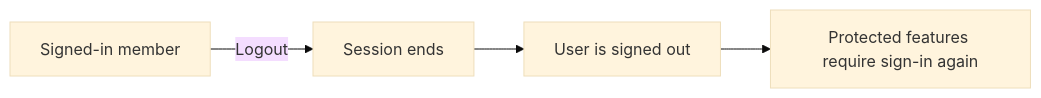
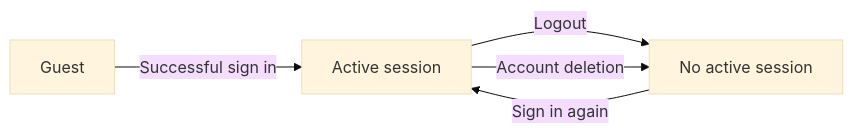
One commit to wrtnlabs/autobe-examples changed the fifth of 10 diagrams in openai/gpt-5.4-mini/todo/docs/analysis/01-actors-and-auth.md. Above: the diagram before and after it, drawn with Mermaid (base theme). The commit also changed other lines of this file and 6645 other files, not shown here.

````diff
--- a/openai/gpt-5.4-mini/todo/docs/analysis/01-actors-and-auth.md
+++ b/openai/gpt-5.4-mini/todo/docs/analysis/01-actors-and-auth.md
@@ -223,6 +184,7 @@
 ```mermaid
 flowchart LR
-    A["Signed-in member"] -->|"Logout"| B["Session ends"]
-    B --> C["User is signed out"]
-    C --> D["Protected features require sign-in again"]
+    A["Guest"] -->|"Successful sign in"| B["Active session"]
+    B -->|"Logout"| C["No active session"]
+    B -->|"Account deletion"| C
+    C -->|"Sign in again"| B
 ```
````
